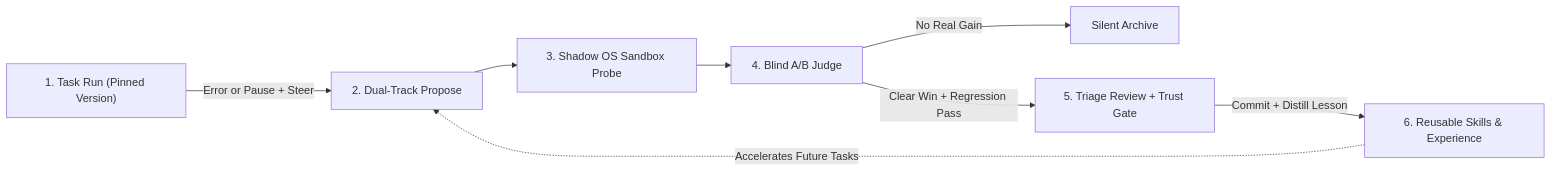
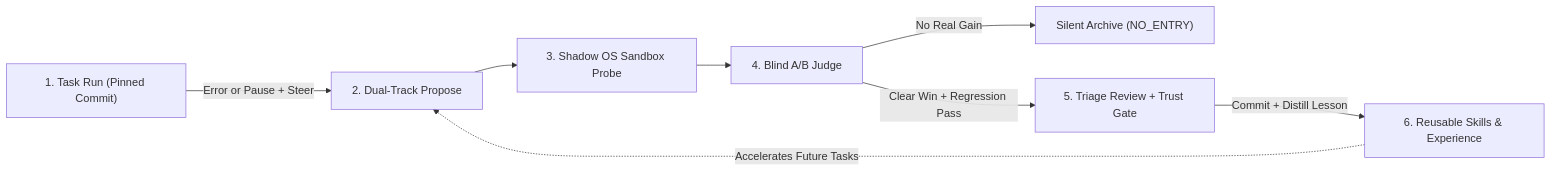
Before and after one commit to wsyh4567/harnex: the diagram in README.md, drawn with Mermaid. The commit also changed other lines of this file and 4 other files, not shown here.

````diff
--- a/README.md
+++ b/README.md
@@ -106,10 +106,10 @@
 ```mermaid
 flowchart LR
-    RUN["1. Task Run (Pinned Version)"] -->|"Error or Pause + Steer"| PROP["2. Dual-Track Propose"]
+    RUN["1. Task Run (Pinned Commit)"] -->|"Error or Pause + Steer"| PROP["2. Dual-Track Propose"]
     PROP --> PROBE["3. Shadow OS Sandbox Probe"]
     PROBE --> JUDGE["4. Blind A/B Judge"]
-    JUDGE -->|"No Real Gain"| DROP["Silent Archive"]
+    JUDGE -->|"No Real Gain"| DROP["Silent Archive (NO_ENTRY)"]
     JUDGE -->|"Clear Win + Regression Pass"| TRIAGE["5. Triage Review + Trust Gate"]
     TRIAGE -->|"Commit + Distill Lesson"| LIB["6. Reusable Skills & Experience"]
     LIB -.->|"Accelerates Future Tasks"| PROP
 ```
````
